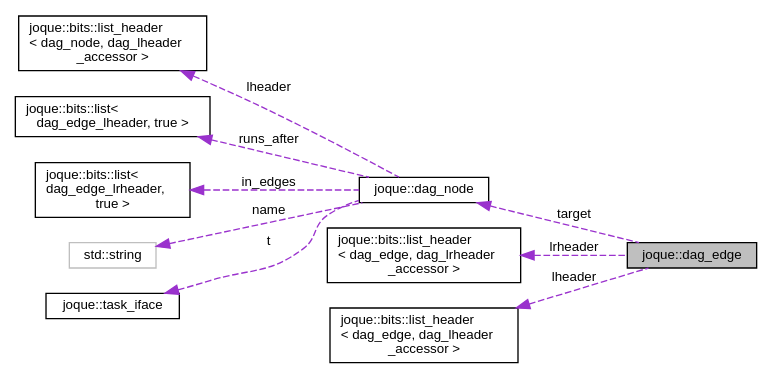
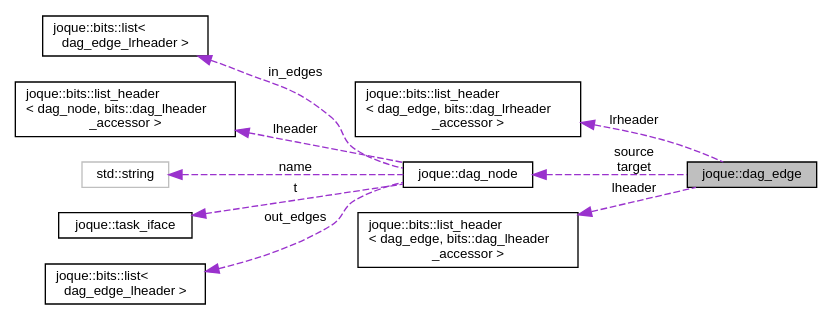
One commit to koniarik/joque changed the diagram in structjoque_1_1dag__edge__coll__graph.dot. Above: the diagram before and after it, drawn with Graphviz. The commit also changed 220 other files, not shown here.

```diff
--- a/structjoque_1_1dag__edge__coll__graph.dot
+++ b/structjoque_1_1dag__edge__coll__graph.dot
@@ -1,24 +1,24 @@
 digraph "joque::dag_edge"
 {
  // LATEX_PDF_SIZE
   edge [fontname="Helvetica",fontsize="10",labelfontname="Helvetica",labelfontsize="10"];
   node [fontname="Helvetica",fontsize="10",shape=record];
   rankdir="LR";
   Node1 [label="joque::dag_edge",height=0.2,width=0.4,color="black", fillcolor="grey75", style="filled", fontcolor="black",tooltip=" "];
-  Node2 -> Node1 [dir="back",color="darkorchid3",fontsize="10",style="dashed",label=" target" ,fontname="Helvetica"];
-  Node2 [label="joque::dag_node",height=0.2,width=0.4,color="black", fillcolor="white", style="filled",URL="$namespacejoque.html#structjoque_1_1dag__node",tooltip="Node representing all execution-related information for one task."];
-  Node3 -> Node2 [dir="back",color="darkorchid3",fontsize="10",style="dashed",label=" lheader" ,fontname="Helvetica"];
-  Node3 [label="joque::bits::list_header\l\< dag_node, dag_lheader\l_accessor \>",height=0.2,width=0.4,color="black", fillcolor="white", style="filled",URL="$structjoque_1_1bits_1_1list__header.html",tooltip=" "];
-  Node4 -> Node2 [dir="back",color="darkorchid3",fontsize="10",style="dashed",label=" runs_after" ,fontname="Helvetica"];
-  Node4 [label="joque::bits::list\<\l dag_edge_lheader, true \>",height=0.2,width=0.4,color="black", fillcolor="white", style="filled",URL="$classjoque_1_1bits_1_1list.html",tooltip=" "];
-  Node5 -> Node2 [dir="back",color="darkorchid3",fontsize="10",style="dashed",label=" in_edges" ,fontname="Helvetica"];
-  Node5 [label="joque::bits::list\<\l dag_edge_lrheader,\l true \>",height=0.2,width=0.4,color="black", fillcolor="white", style="filled",URL="$classjoque_1_1bits_1_1list.html",tooltip=" "];
-  Node6 -> Node2 [dir="back",color="darkorchid3",fontsize="10",style="dashed",label=" name" ,fontname="Helvetica"];
+  Node2 -> Node1 [dir="back",color="darkorchid3",fontsize="10",style="dashed",label=" lrheader" ,fontname="Helvetica"];
+  Node2 [label="joque::bits::list_header\l\< dag_edge, bits::dag_lrheader\l_accessor \>",height=0.2,width=0.4,color="black", fillcolor="white", style="filled",URL="$structjoque_1_1bits_1_1list__header.html",tooltip=" "];
+  Node3 -> Node1 [dir="back",color="darkorchid3",fontsize="10",style="dashed",label=" source\ntarget" ,fontname="Helvetica"];
+  Node3 [label="joque::dag_node",height=0.2,width=0.4,color="black", fillcolor="white", style="filled",URL="$namespacejoque.html#structjoque_1_1dag__node",tooltip="Node representing all execution-related information for one task."];
+  Node4 -> Node3 [dir="back",color="darkorchid3",fontsize="10",style="dashed",label=" in_edges" ,fontname="Helvetica"];
+  Node4 [label="joque::bits::list\<\l dag_edge_lrheader \>",height=0.2,width=0.4,color="black", fillcolor="white", style="filled",URL="$classjoque_1_1bits_1_1list.html",tooltip=" "];
+  Node5 -> Node3 [dir="back",color="darkorchid3",fontsize="10",style="dashed",label=" lheader" ,fontname="Helvetica"];
+  Node5 [label="joque::bits::list_header\l\< dag_node, bits::dag_lheader\l_accessor \>",height=0.2,width=0.4,color="black", fillcolor="white", style="filled",URL="$structjoque_1_1bits_1_1list__header.html",tooltip=" "];
+  Node6 -> Node3 [dir="back",color="darkorchid3",fontsize="10",style="dashed",label=" name" ,fontname="Helvetica"];
   Node6 [label="std::string",height=0.2,width=0.4,color="grey75", fillcolor="white", style="filled",tooltip=" "];
-  Node8 -> Node2 [dir="back",color="darkorchid3",fontsize="10",style="dashed",label=" t" ,fontname="Helvetica"];
+  Node8 -> Node3 [dir="back",color="darkorchid3",fontsize="10",style="dashed",label=" t" ,fontname="Helvetica"];
   Node8 [label="joque::task_iface",height=0.2,width=0.4,color="black", fillcolor="white", style="filled",URL="$structjoque_1_1task__iface.html",tooltip=" "];
-  Node9 -> Node1 [dir="back",color="darkorchid3",fontsize="10",style="dashed",label=" lrheader" ,fontname="Helvetica"];
-  Node9 [label="joque::bits::list_header\l\< dag_edge, dag_lrheader\l_accessor \>",height=0.2,width=0.4,color="black", fillcolor="white", style="filled",URL="$structjoque_1_1bits_1_1list__header.html",tooltip=" "];
+  Node9 -> Node3 [dir="back",color="darkorchid3",fontsize="10",style="dashed",label=" out_edges" ,fontname="Helvetica"];
+  Node9 [label="joque::bits::list\<\l dag_edge_lheader \>",height=0.2,width=0.4,color="black", fillcolor="white", style="filled",URL="$classjoque_1_1bits_1_1list.html",tooltip=" "];
   Node10 -> Node1 [dir="back",color="darkorchid3",fontsize="10",style="dashed",label=" lheader" ,fontname="Helvetica"];
-  Node10 [label="joque::bits::list_header\l\< dag_edge, dag_lheader\l_accessor \>",height=0.2,width=0.4,color="black", fillcolor="white", style="filled",URL="$structjoque_1_1bits_1_1list__header.html",tooltip=" "];
+  Node10 [label="joque::bits::list_header\l\< dag_edge, bits::dag_lheader\l_accessor \>",height=0.2,width=0.4,color="black", fillcolor="white", style="filled",URL="$structjoque_1_1bits_1_1list__header.html",tooltip=" "];
 }
```
